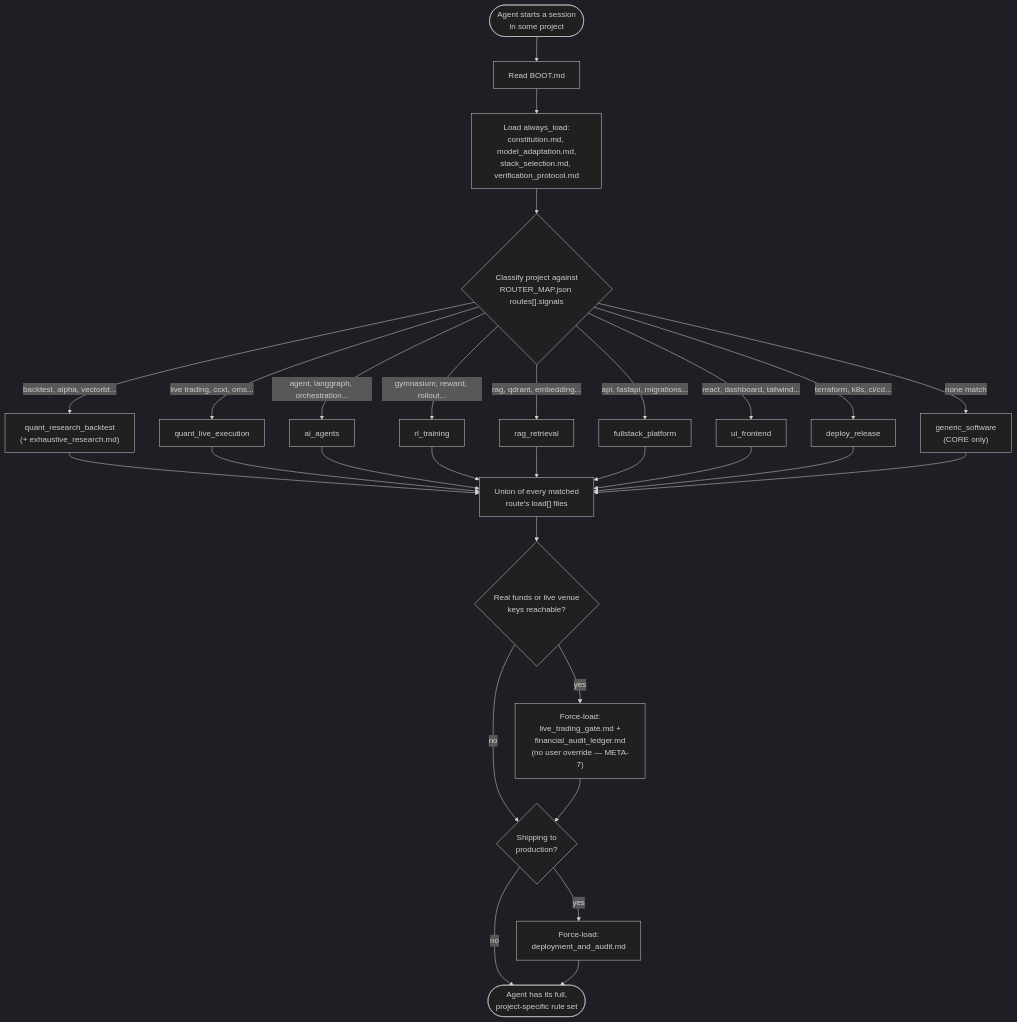
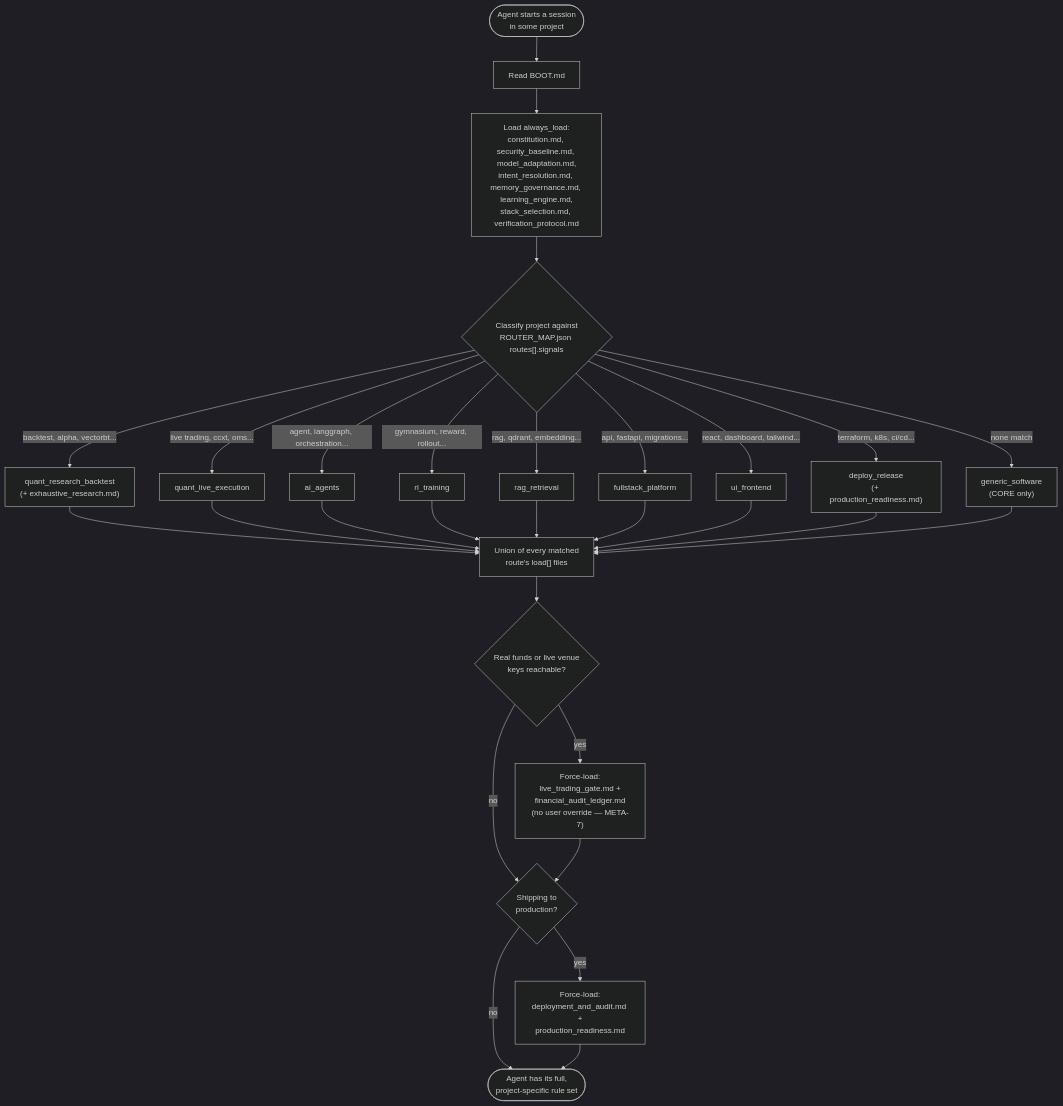
Before and after one commit to Aditya-7117/AEQ-OS: the first of 3 diagrams in docs/ARCHITECTURE.md, drawn with Mermaid (dark theme). The commit also changed other lines of this file and 17 other files, not shown here.

First line of the commit message:
Add memory, security, self-improvement, intent resolution, and production readiness (v1.5.0)

````diff
--- a/docs/ARCHITECTURE.md
+++ b/docs/ARCHITECTURE.md
@@ -26,28 +26,28 @@
 ```mermaid
 flowchart TD
     Start(["Agent starts a session\nin some project"]) --> Boot["Read BOOT.md"]
-    Boot --> Always["Load always_load:\nconstitution.md, model_adaptation.md,\nstack_selection.md, verification_protocol.md"]
+    Boot --> Always["Load always_load:\nconstitution.md, security_baseline.md, model_adaptation.md,\nintent_resolution.md, memory_governance.md, learning_engine.md,\nstack_selection.md, verification_protocol.md"]
     Always --> Classify{"Classify project against\nROUTER_MAP.json routes[].signals"}
 
     Classify -->|"backtest, alpha, vectorbt..."| R1["quant_research_backtest\n(+ exhaustive_research.md)"]
     Classify -->|"live trading, ccxt, oms..."| R2["quant_live_execution"]
     Classify -->|"agent, langgraph, orchestration..."| R3["ai_agents"]
     Classify -->|"gymnasium, reward, rollout..."| R4["rl_training"]
     Classify -->|"rag, qdrant, embedding..."| R5["rag_retrieval"]
     Classify -->|"api, fastapi, migrations..."| R6["fullstack_platform"]
     Classify -->|"react, dashboard, tailwind..."| R7["ui_frontend"]
-    Classify -->|"terraform, k8s, ci/cd..."| R8["deploy_release"]
+    Classify -->|"terraform, k8s, ci/cd..."| R8["deploy_release\n(+ production_readiness.md)"]
     Classify -->|"none match"| R9["generic_software\n(CORE only)"]
 
     R1 & R2 & R3 & R4 & R5 & R6 & R7 & R8 --> Union["Union of every matched\nroute's load[] files"]
     R9 --> Union
 
     Union --> HardCheck{"Real funds or live venue\nkeys reachable?"}
     HardCheck -->|yes| Force1["Force-load:\nlive_trading_gate.md +\nfinancial_audit_ledger.md\n(no user override — META-7)"]
     HardCheck -->|no| DeployCheck
 
     Force1 --> DeployCheck{"Shipping to\nproduction?"}
-    DeployCheck -->|yes| Force2["Force-load:\ndeployment_and_audit.md"]
+    DeployCheck -->|yes| Force2["Force-load:\ndeployment_and_audit.md +\nproduction_readiness.md"]
     DeployCheck -->|no| Ready
     Force2 --> Ready(["Agent has its full,\nproject-specific rule set"])
 ```
````
